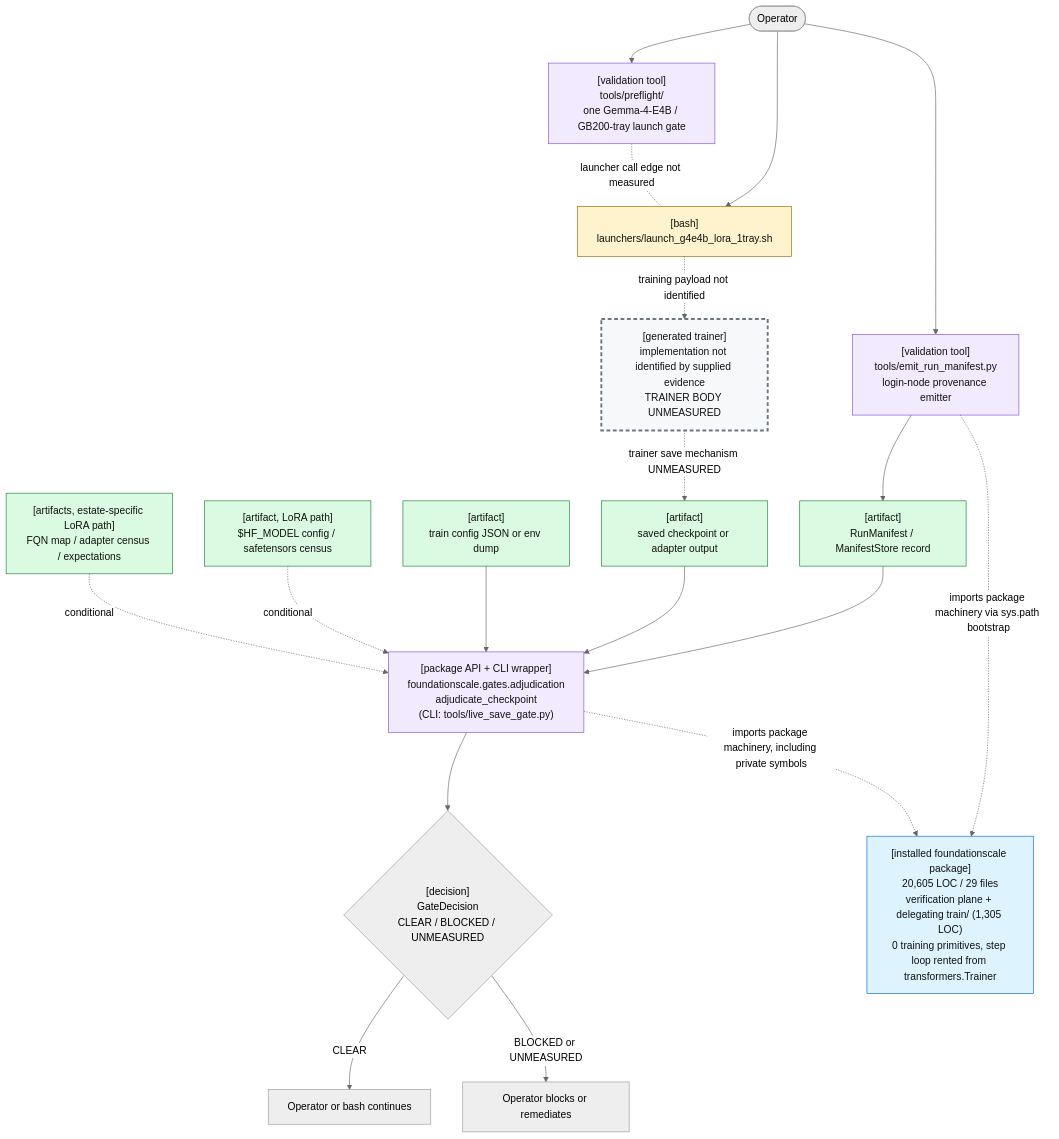
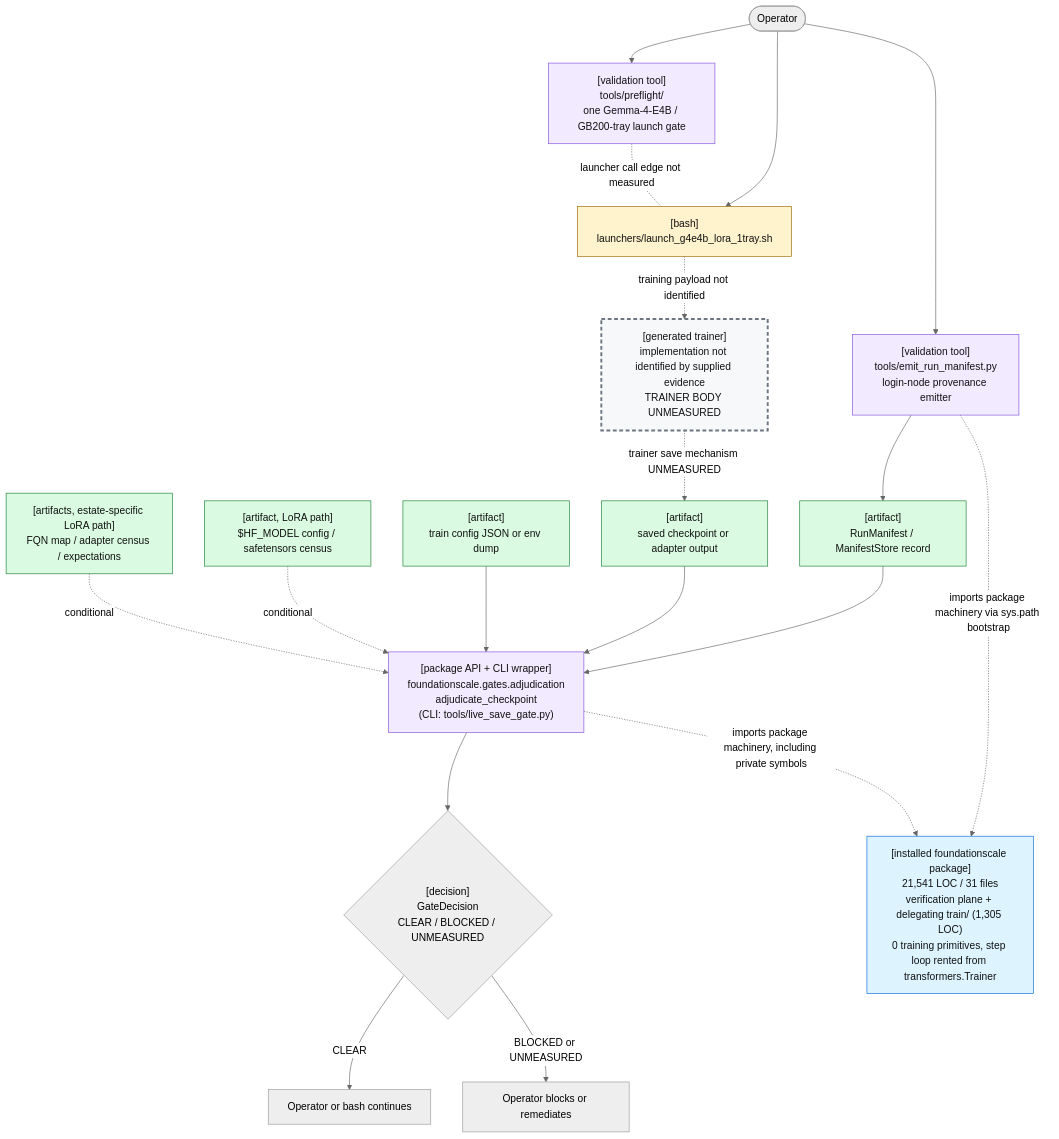
One commit to TranNhiem/FoundationScale changed the first of 2 diagrams in docs/review/D2_current_architecture.md. Above: the diagram before and after it, drawn with Mermaid (neutral theme). The commit also changed other lines of this file and 18 other files, not shown here.

````diff
--- a/docs/review/D2_current_architecture.md
+++ b/docs/review/D2_current_architecture.md
@@ -25,59 +25,59 @@
 ```mermaid
 flowchart TB
   O(["Operator"])
 
   PF["[validation tool]<br/>tools/preflight/<br/>one Gemma-4-E4B / GB200-tray launch gate"]
   L["[bash]<br/>launchers/launch_g4e4b_lora_1tray.sh"]
 
   E["[validation tool]<br/>tools/emit_run_manifest.py<br/>login-node provenance emitter"]
   M["[artifact]<br/>RunManifest / ManifestStore record"]
 
   T["[generated trainer]<br/>implementation not identified by supplied evidence<br/>TRAINER BODY UNMEASURED"]
   C["[artifact]<br/>saved checkpoint or adapter output"]
 
   G["[package API + CLI wrapper]<br/>foundationscale.gates.adjudication<br/>adjudicate_checkpoint<br/>(CLI: tools/live_save_gate.py)"]
   CFG["[artifact]<br/>train config JSON or env dump"]
   BASE["[artifact, LoRA path]<br/>$HF_MODEL config / safetensors census"]
   CEN["[artifacts, estate-specific LoRA path]<br/>FQN map / adapter census / expectations"]
 
   D{"[decision]<br/>GateDecision<br/>CLEAR / BLOCKED / UNMEASURED"}
   OK["Operator or bash continues"]
   NO["Operator blocks or remediates"]
 
-  PKG["[installed foundationscale package]<br/>20,605 LOC / 29 files<br/>verification plane + delegating train/ (1,305 LOC)<br/>0 training primitives, step loop rented from transformers.Trainer"]
+  PKG["[installed foundationscale package]<br/>21,541 LOC / 31 files<br/>verification plane + delegating train/ (1,305 LOC)<br/>0 training primitives, step loop rented from transformers.Trainer"]
 
   O --> PF
   O --> L
   PF -. "launcher call edge not measured" .- L
 
   O --> E
   E --> M
 
   L -. "training payload not identified" .-> T
   T -. "trainer save mechanism UNMEASURED" .-> C
 
   M --> G
   C --> G
   CFG --> G
   BASE -. "conditional" .-> G
   CEN -. "conditional" .-> G
 
   E -. "imports package machinery via sys.path bootstrap" .-> PKG
   G -. "imports package machinery, including private symbols" .-> PKG
 
   G --> D
   D -->|"CLEAR"| OK
   D -->|"BLOCKED or UNMEASURED"| NO
 
   classDef bash fill:#fff3cd,stroke:#9a6700,color:#111;
   classDef tool fill:#f2eaff,stroke:#8250df,color:#111;
   classDef artifact fill:#dafbe1,stroke:#1a7f37,color:#111;
   classDef gap fill:#f6f8fa,stroke:#6e7781,stroke-width:3px,stroke-dasharray: 6 4,color:#111;
   classDef pkg fill:#ddf4ff,stroke:#0969da,color:#111;
 
   class L bash;
   class PF,E,G tool;
   class M,C,CFG,BASE,CEN artifact;
   class T gap;
   class PKG pkg;
 ```
````
